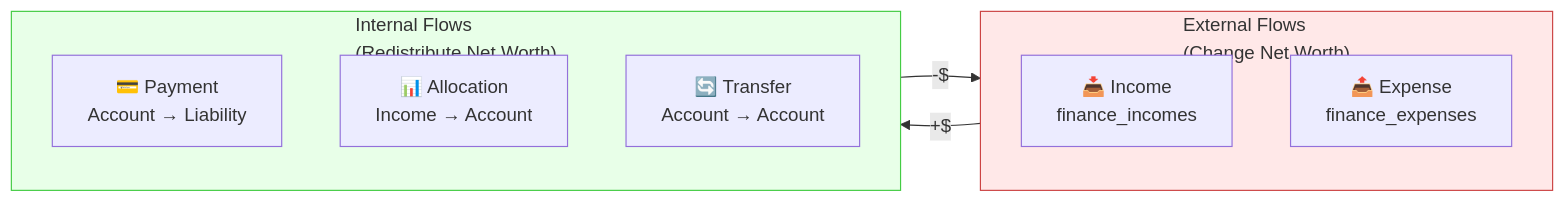
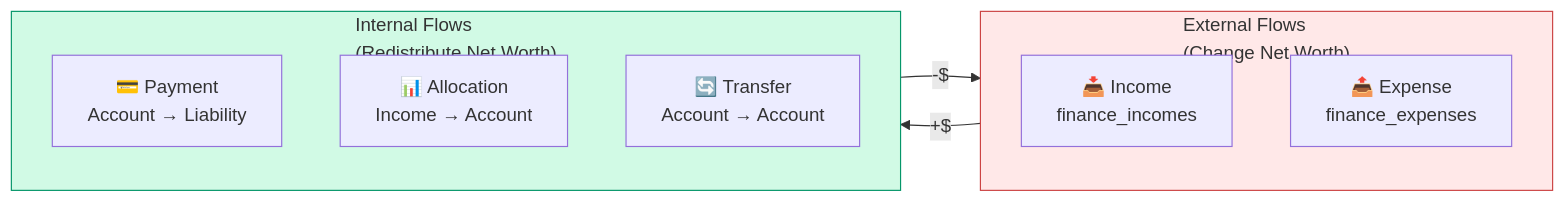
Before and after one commit to jcleow/wealthproject: the second of 11 diagrams in specs/fund-flow-rules.md, drawn with Mermaid. The commit also changed other lines of this file and 3 other files, not shown here.

First line of the commit message:
feat(fund-flow-rules): add Phase 4 expense rules spec and comprehensive tests

````diff
--- a/specs/fund-flow-rules.md
+++ b/specs/fund-flow-rules.md
@@ -52,21 +52,21 @@
 ```mermaid
 flowchart LR
     subgraph External["External Flows<br/>(Change Net Worth)"]
         direction TB
         Inc["📥 Income<br/>finance_incomes"]
         Exp["📤 Expense<br/>finance_expenses"]
     end
 
     subgraph Internal["Internal Flows<br/>(Redistribute Net Worth)"]
         direction TB
         Pay["💳 Payment<br/>Account → Liability"]
         Alloc["📊 Allocation<br/>Income → Account"]
         Trans["🔄 Transfer<br/>Account → Account"]
     end
 
     Inc -->|"+$"| Internal
     Internal -->|"-$"| Exp
 
     style External fill:#ffe8e8,stroke:#c44
-    style Internal fill:#e8ffe8,stroke:#4c4
+    style Internal fill:#d1fae5,stroke:#059669
 ```
````
